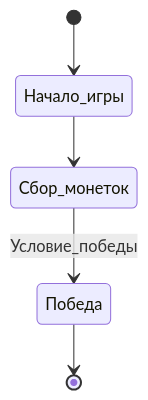
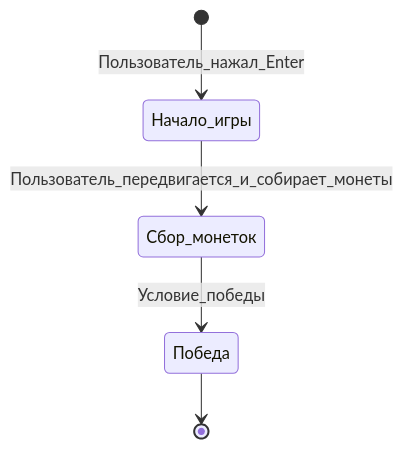
One commit to ArinaTolpa/Lab1.2 changed the fifth of 7 diagrams in docs/functions.md. Above: the diagram before and after it, drawn with Mermaid. The commit also changed other lines of this file, not shown here.

````diff
--- a/docs/functions.md
+++ b/docs/functions.md
@@ -67,7 +67,7 @@
 ```mermaid
 stateDiagram
-    [*] --> Начало_игры
-    Начало_игры --> Сбор_монеток
+    [*] --> Начало_игры: Пользователь_нажал_Enter
+    Начало_игры --> Сбор_монеток: Пользователь_передвигается_и_собирает_монеты
     Сбор_монеток --> Победа: Условие_победы
     Победа --> [*]
 ```
````
